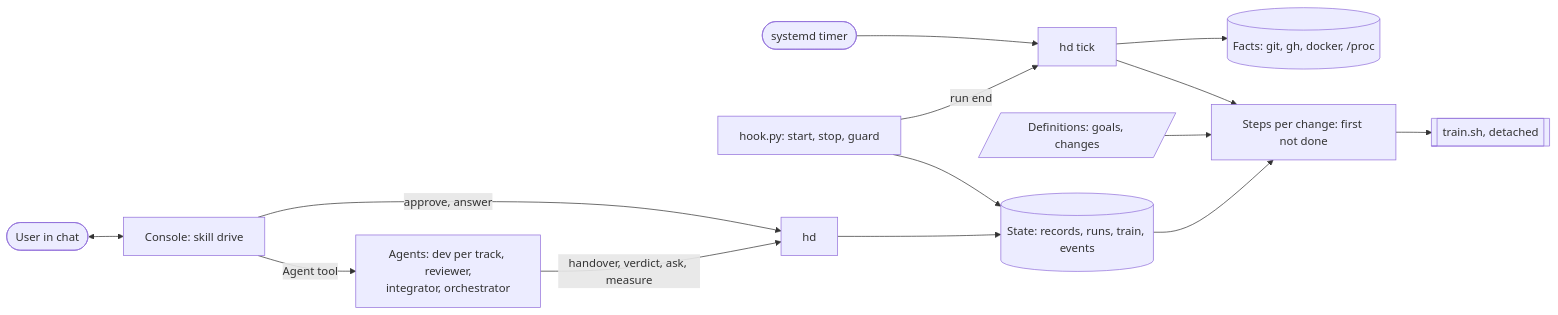
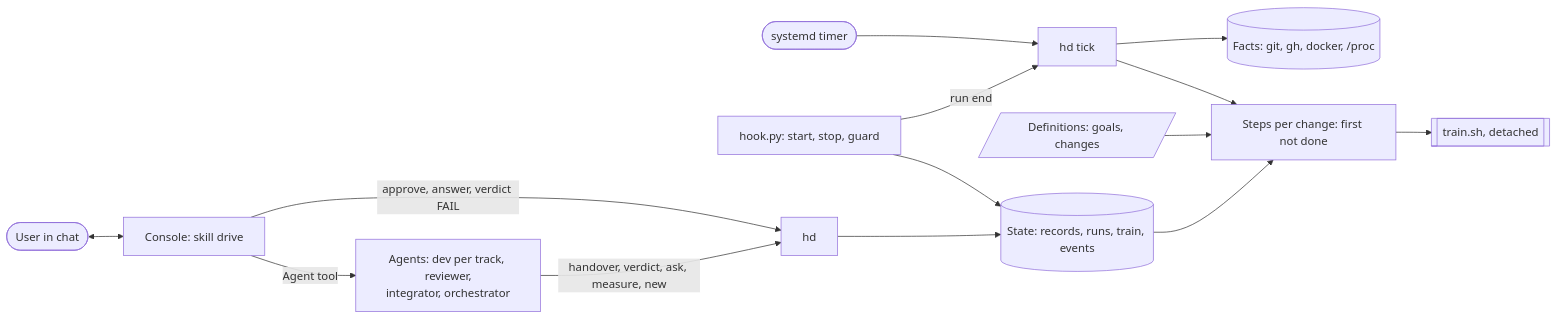
One commit to AlexPerrin/osrs-harness changed the first of 6 diagrams in docs/ARCHITECTURE.md. Above: the diagram before and after it, drawn with Mermaid. The commit also changed other lines of this file and 3 other files, not shown here.

First line of the commit message:
docs: ARCHITECTURE as built, CLAUDE.md and HANDOFF for v7; the client-api goal

````diff
--- a/docs/ARCHITECTURE.md
+++ b/docs/ARCHITECTURE.md
@@ -13,16 +13,16 @@
 ```mermaid
 flowchart LR
   user([User in chat]) <--> console[Console: skill drive]
   console -->|Agent tool| agents[Agents: dev per track, reviewer,<br/>integrator, orchestrator]
-  console -->|approve, answer| cli[hd]
-  agents -->|handover, verdict, ask, measure| cli
+  console -->|approve, answer, verdict FAIL| cli[hd]
+  agents -->|handover, verdict, ask, measure, new| cli
   hook[hook.py: start, stop, guard] --> state[(State: records, runs, train, events)]
   timer([systemd timer]) --> tick[hd tick]
   hook -->|run end| tick
   tick --> facts[(Facts: git, gh, docker, /proc)]
   tick --> steps[Steps per change: first not done]
   steps --> train[[train.sh, detached]]
   defs[/Definitions: goals, changes/] --> steps
   state --> steps
   cli --> state
 ```
````
